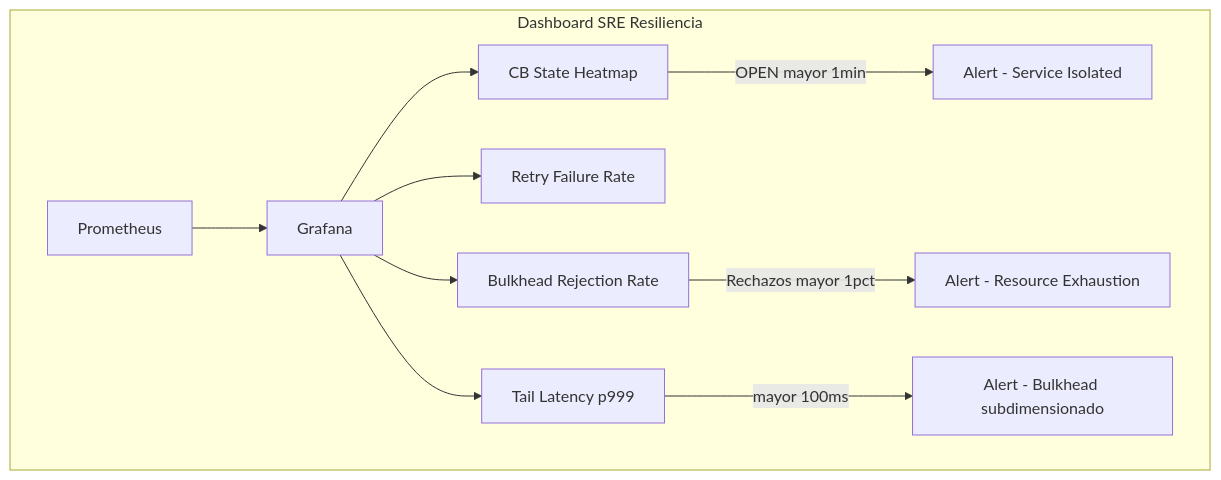
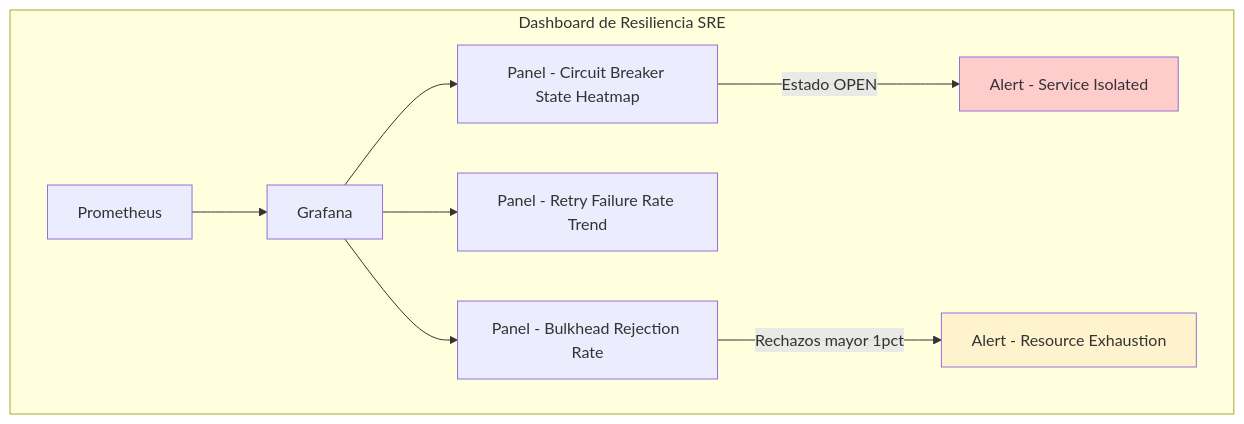
The third of 4 diagrams in 03_Spring_Ecosystem/resilience4j_circuit_breaker_retry_bulkhead_spring_boot_3_STAFF.md (Joaquinriosheredia/DAM-Java-Mastery), drawn with Mermaid before and after one commit. The commit also changed other lines of this file, not shown here.

Commit message:
resilience4j_circuit_breaker_retry_bulkhead_spring_boot_3_STAFF.md

````diff
--- a/03_Spring_Ecosystem/resilience4j_circuit_breaker_retry_bulkhead_spring_boot_3_STAFF.md
+++ b/03_Spring_Ecosystem/resilience4j_circuit_breaker_retry_bulkhead_spring_boot_3_STAFF.md
@@ -477,13 +477,15 @@
 ```mermaid
 graph TD
-    subgraph "Dashboard SRE Resiliencia"
+    subgraph "Dashboard de Resiliencia SRE"
         PROM[Prometheus] --> GRAF[Grafana]
-        GRAF --> P1[CB State Heatmap]
-        GRAF --> P2[Retry Failure Rate]
-        GRAF --> P3[Bulkhead Rejection Rate]
-        GRAF --> P4[Tail Latency p999]
-        P1 -->|OPEN mayor 1min| A1[Alert - Service Isolated]
-        P3 -->|Rechazos mayor 1pct| A2[Alert - Resource Exhaustion]
-        P4 -->|mayor 100ms| A3[Alert - Bulkhead subdimensionado]
+        GRAF --> PANEL1[Panel - Circuit Breaker State Heatmap]
+        GRAF --> PANEL2[Panel - Retry Failure Rate Trend]
+        GRAF --> PANEL3[Panel - Bulkhead Rejection Rate]
+        
+        PANEL1 -->|Estado OPEN| ALERT_CB[Alert - Service Isolated]
+        PANEL3 -->|Rechazos mayor 1pct| ALERT_BH[Alert - Resource Exhaustion]
     end
+    
+    style ALERT_CB fill:#ffcccc
+    style ALERT_BH fill:#fff3cd
 ```
````
